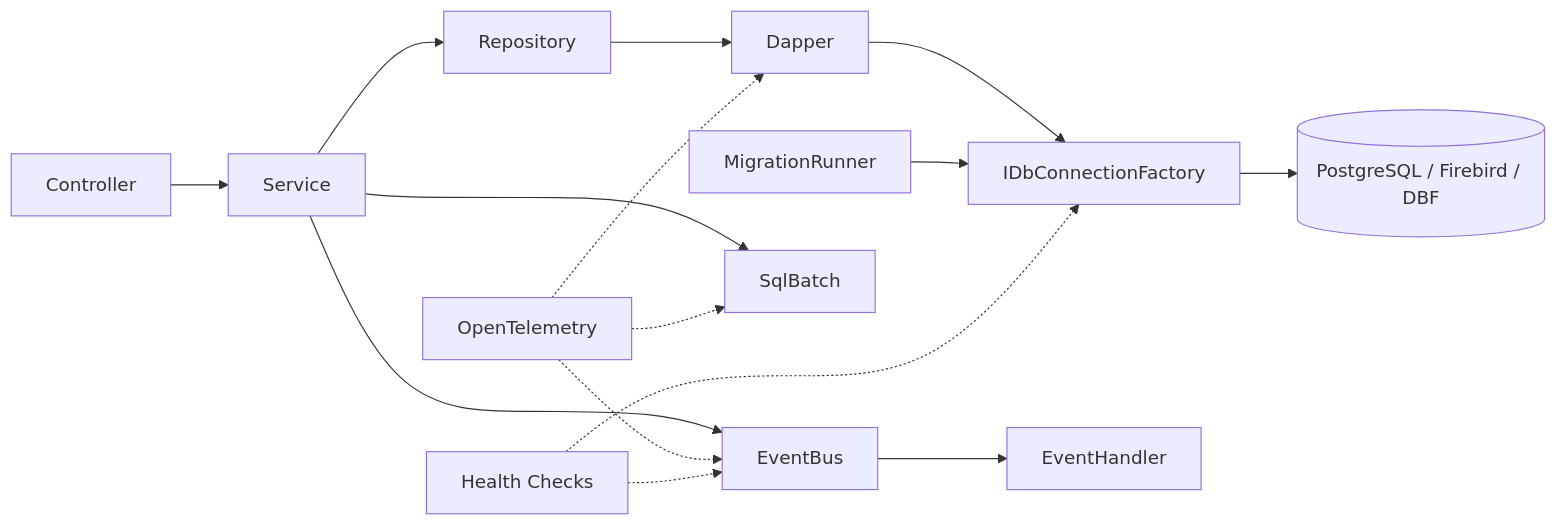
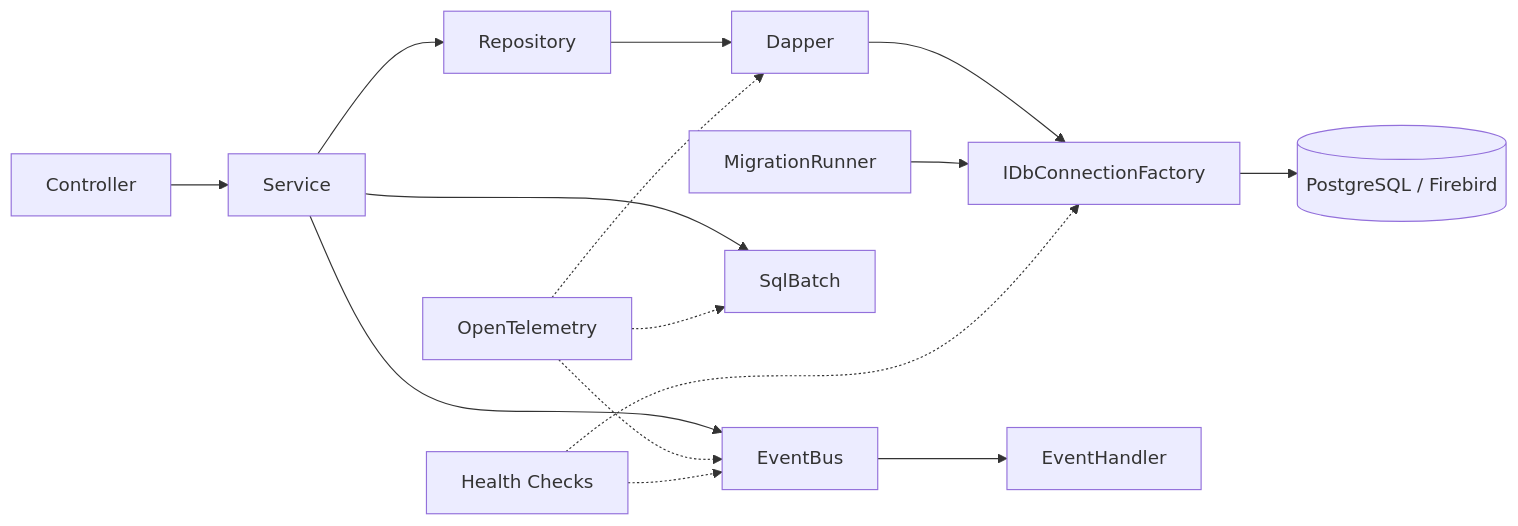
One commit to edertelhado/Footing.Framework changed the diagram in README.md. Above: the diagram before and after it, drawn with Mermaid. The commit also changed other lines of this file and 9 other files, not shown here.

````diff
--- a/README.md
+++ b/README.md
@@ -439,22 +429,22 @@
 ```mermaid
 flowchart LR
     Controller --> Service
     Service --> Repository
     Repository --> Dapper
     Dapper --> Factory["IDbConnectionFactory"]
-    Factory --> DB[("PostgreSQL / Firebird / DBF")]
+    Factory --> DB[("PostgreSQL / Firebird")]
 
     Service --> EventBus["EventBus"]
     EventBus --> Handler["EventHandler"]
 
     Service --> Batch["SqlBatch"]
 
     MigrationRunner["MigrationRunner"] --> Factory
 
     OTel["OpenTelemetry"] -.-> EventBus
     OTel -.-> Dapper
     OTel -.-> Batch
 
     Health["Health Checks"] -.-> Factory
     Health -.-> EventBus
 ```
````
